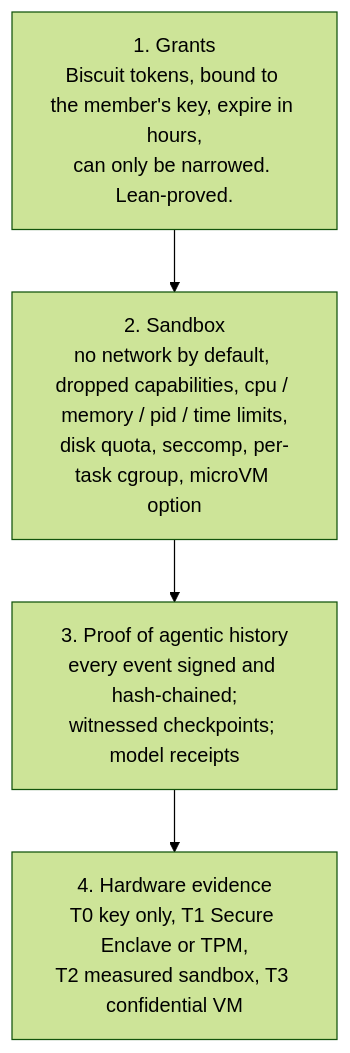
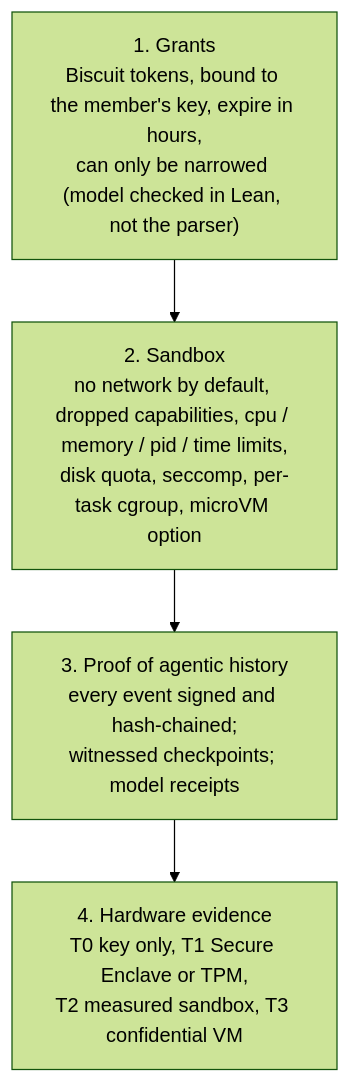
Before and after one commit to Epistetechnician/playbox: the third of 13 diagrams in README.md, drawn with Mermaid (forest theme). The commit also changed other lines of this file and 4468 other files, not shown here.

````diff
--- a/README.md
+++ b/README.md
@@ -120,8 +120,8 @@
 ```mermaid
 flowchart TB
-    L1["1. Grants<br/>Biscuit tokens, bound to the member's key, expire in hours,<br/>can only be narrowed. Lean-proved."]
+    L1["1. Grants<br/>Biscuit tokens, bound to the member's key, expire in hours,<br/>can only be narrowed (model checked in Lean, not the parser)"]
     L2["2. Sandbox<br/>no network by default, dropped capabilities, cpu / memory / pid / time limits,<br/>disk quota, seccomp, per-task cgroup, microVM option"]
     L3["3. Proof of agentic history<br/>every event signed and hash-chained;<br/>witnessed checkpoints; model receipts"]
     L4["4. Hardware evidence<br/>T0 key only, T1 Secure Enclave or TPM,<br/>T2 measured sandbox, T3 confidential VM"]
     L1 --> L2 --> L3 --> L4
 ```
````
